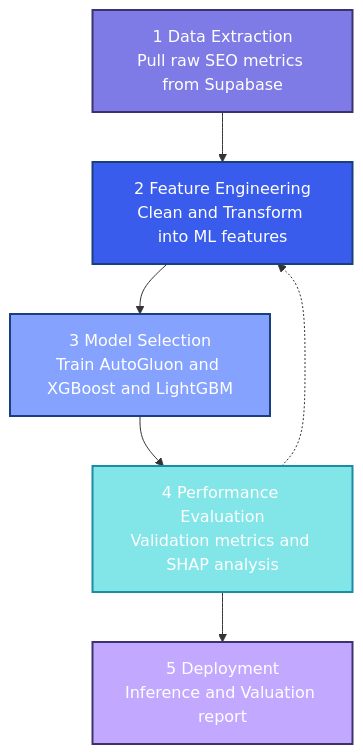
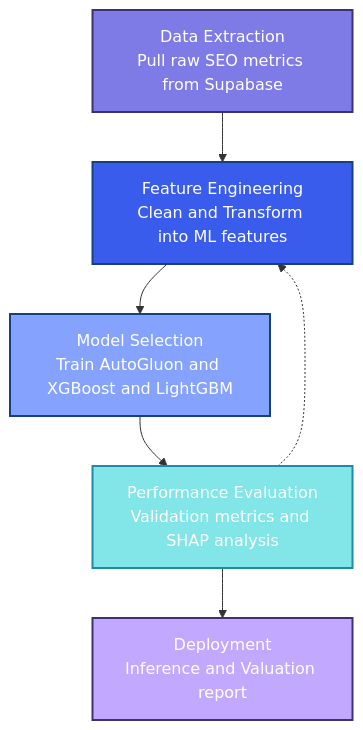
The diagram in README.md (vytautas-bunevicius/backlink-pricing-model), drawn with Mermaid before and after one commit.

Commit message:
docs: remove numbering from Mermaid diagram in README

````diff
--- a/README.md
+++ b/README.md
@@ -11,26 +11,26 @@
 ```mermaid
 flowchart TD
-    S1["1 Data Extraction<br>Pull raw SEO metrics from Supabase"]
-    S2["2 Feature Engineering<br>Clean and Transform into ML features"]
-    S3["3 Model Selection<br>Train AutoGluon and XGBoost and LightGBM"]
-    S4["4 Performance Evaluation<br>Validation metrics and SHAP analysis"]
-    S5["5 Deployment<br>Inference and Valuation report"]
+    S1["Data Extraction<br>Pull raw SEO metrics from Supabase"]
+    S2["Feature Engineering<br>Clean and Transform into ML features"]
+    S3["Model Selection<br>Train AutoGluon and XGBoost and LightGBM"]
+    S4["Performance Evaluation<br>Validation metrics and SHAP analysis"]
+    S5["Deployment<br>Inference and Valuation report"]
 
     S1 --> S2
     S2 --> S3
     S3 --> S4
     S4 --> S5
     S4 -.-> S2
 
     classDef prepStyle fill:#7E7AE6,stroke:#3D3270,stroke-width:2px,color:#FFFFFF
     classDef analysisStyle fill:#3A5CED,stroke:#18407F,stroke-width:2px,color:#FFFFFF
     classDef decisionStyle fill:#85A2FF,stroke:#18407F,stroke-width:2px,color:#FFFFFF
     classDef validationStyle fill:#82E5E8,stroke:#1C8BA5,stroke-width:2px,color:#FFFFFF
     classDef documentationStyle fill:#C2A9FF,stroke:#3D3270,stroke-width:2px,color:#FFFFFF
 
     class S1 prepStyle
     class S2 analysisStyle
     class S3 decisionStyle
     class S4 validationStyle
     class S5 documentationStyle
 ```
````
